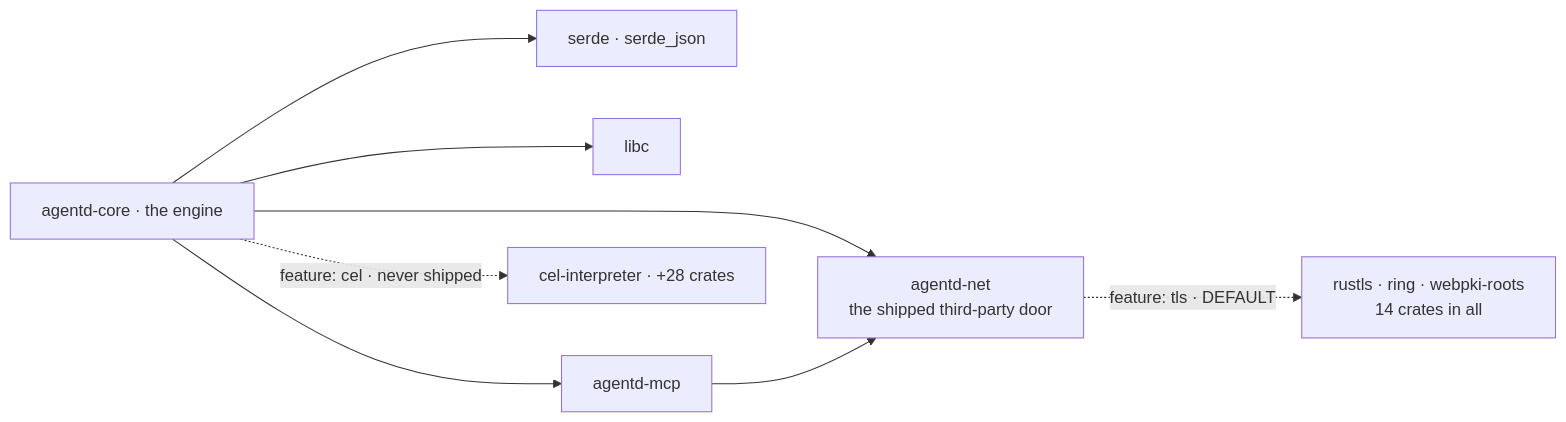
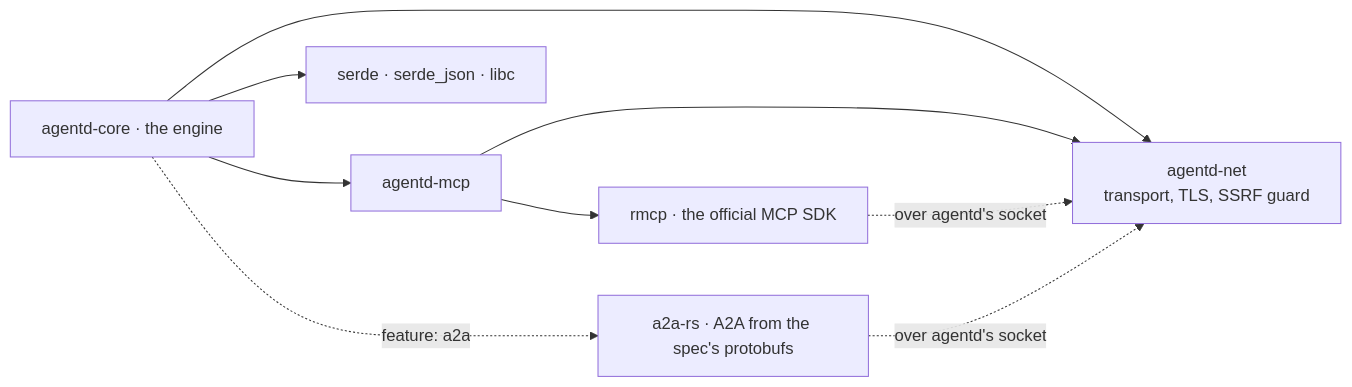
The first of 2 diagrams in docs/why-rust.md (agentd-dev/source-code), drawn with Mermaid before and after one commit. The commit also changed other lines of this file and 10 other files, not shown here.

````diff
--- a/docs/why-rust.md
+++ b/docs/why-rust.md
@@ -73,9 +98,11 @@
 ```mermaid
 flowchart LR
-  CORE["agentd-core · the engine"] --> NET["agentd-net<br/>the shipped third-party door"]
-  CORE --> SERDE["serde · serde_json"]
-  CORE --> LIBC["libc"]
-  CORE --> MCP["agentd-mcp"] --> NET
-  NET -. "feature: tls · DEFAULT" .-> RUSTLS["rustls · ring · webpki-roots<br/>14 crates in all"]
-  CORE -. "feature: cel · never shipped" .-> CEL["cel-interpreter · +28 crates"]
+  CORE["agentd-core · the engine"] --> NET["agentd-net<br/>transport, TLS, SSRF guard"]
+  CORE --> MCP["agentd-mcp"]
+  MCP --> RMCP["rmcp · the official MCP SDK"]
+  MCP --> NET
+  CORE -. "feature: a2a" .-> A2A["a2a-rs · A2A from the spec's protobufs"]
+  RMCP -. "over agentd's socket" .-> NET
+  A2A -. "over agentd's socket" .-> NET
+  CORE --> SERDE["serde · serde_json · libc"]
 ```
````
